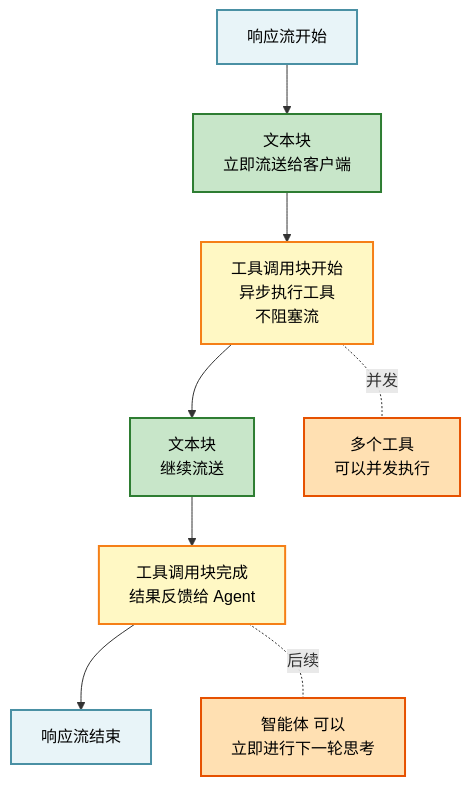
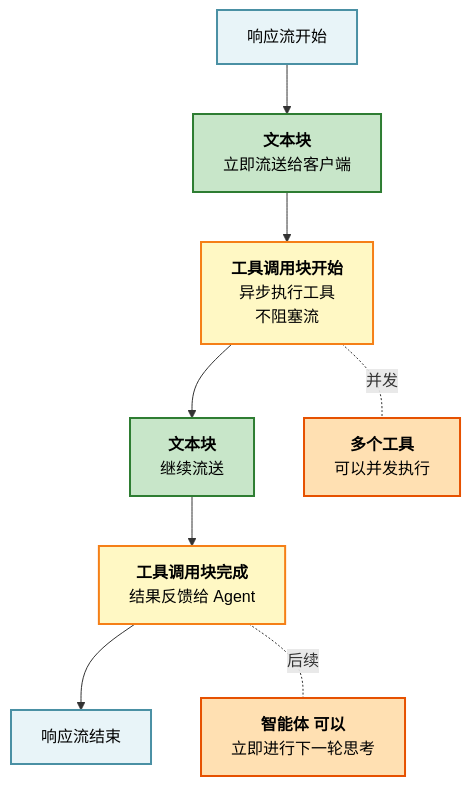
Before and after one commit to yeasy/harness_engineering_guide: the first of 2 diagrams in 04_runtime/4.3_streaming.md, drawn with Mermaid. The commit also changed other lines of this file and 26 other files, not shown here.

Commit message:
Add bold titles to Mermaid diagram nodes

````diff
--- a/04_runtime/4.3_streaming.md
+++ b/04_runtime/4.3_streaming.md
@@ -22,20 +22,20 @@
 ```mermaid
 graph TD
-    A["响应流开始"] --> B["文本块<br/>立即流送给客户端"]
-    B --> C["工具调用块开始<br/>异步执行工具<br/>不阻塞流"]
-    C --> D["文本块<br/>继续流送"]
-    D --> E["工具调用块完成<br/>结果反馈给 Agent"]
+    A["响应流开始"] --> B["<b>文本块</b><br/>立即流送给客户端"]
+    B --> C["<b>工具调用块开始</b><br/>异步执行工具<br/>不阻塞流"]
+    C --> D["<b>文本块</b><br/>继续流送"]
+    D --> E["<b>工具调用块完成</b><br/>结果反馈给 Agent"]
     E --> F["响应流结束"]
 
-    C -.并发.- G["多个工具<br/>可以并发执行"]
-    E -.后续.- H["智能体 可以<br/>立即进行下一轮思考"]
+    C -.并发.- G["<b>多个工具</b><br/>可以并发执行"]
+    E -.后续.- H["<b>智能体 可以</b><br/>立即进行下一轮思考"]
 
     style A fill:#e8f4f8,stroke:#4a90a4,stroke-width:2px,color:#000000
     style B fill:#c8e6c9,stroke:#2e7d32,stroke-width:2px,color:#000000
     style C fill:#fff8c4,stroke:#f57f17,stroke-width:2px,color:#000000
     style D fill:#c8e6c9,stroke:#2e7d32,stroke-width:2px,color:#000000
     style E fill:#fff8c4,stroke:#f57f17,stroke-width:2px,color:#000000
     style F fill:#e8f4f8,stroke:#4a90a4,stroke-width:2px,color:#000000
     style G fill:#ffe0b2,stroke:#e65100,stroke-width:2px,color:#000000
     style H fill:#ffe0b2,stroke:#e65100,stroke-width:2px,color:#000000
 ```
````
